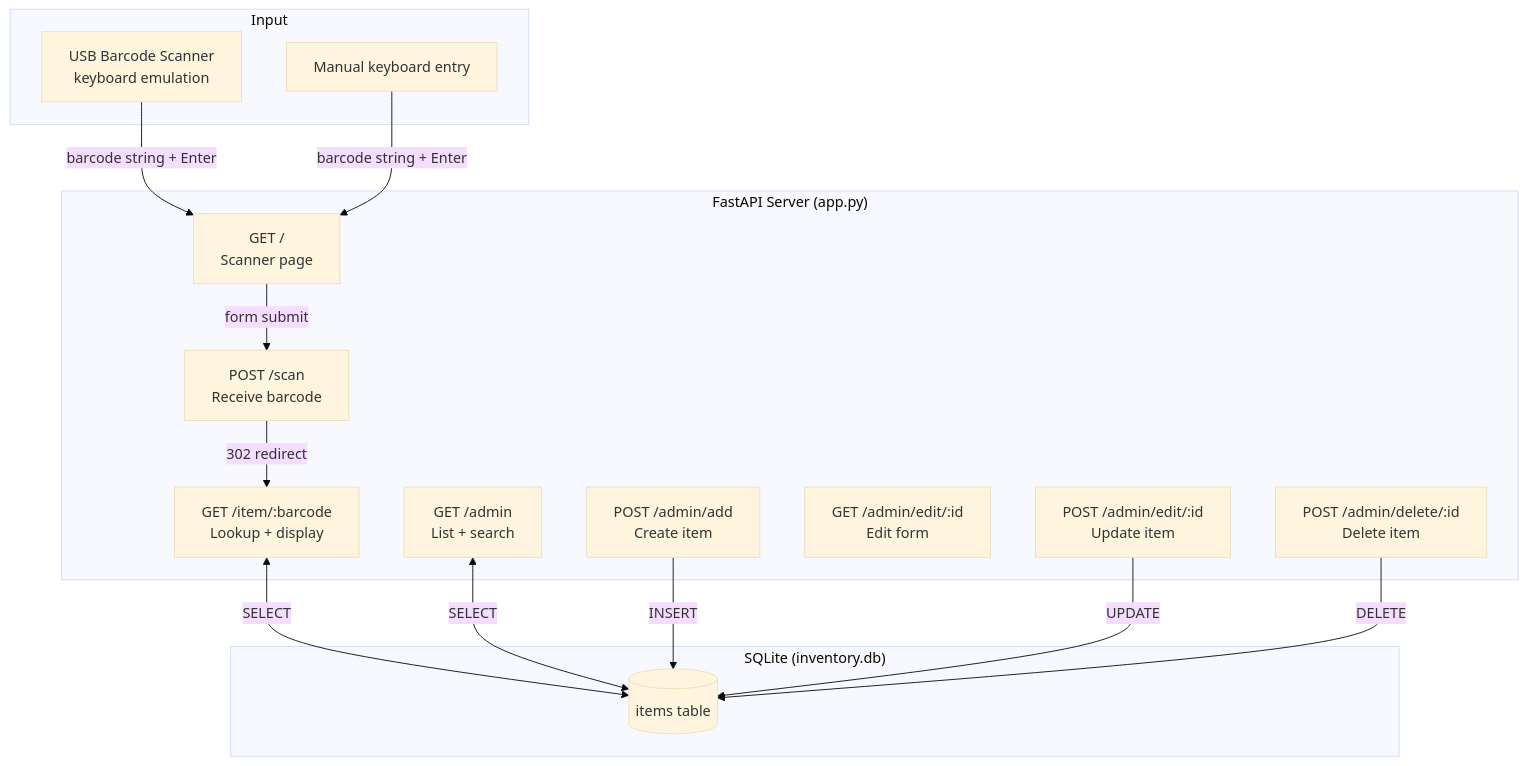
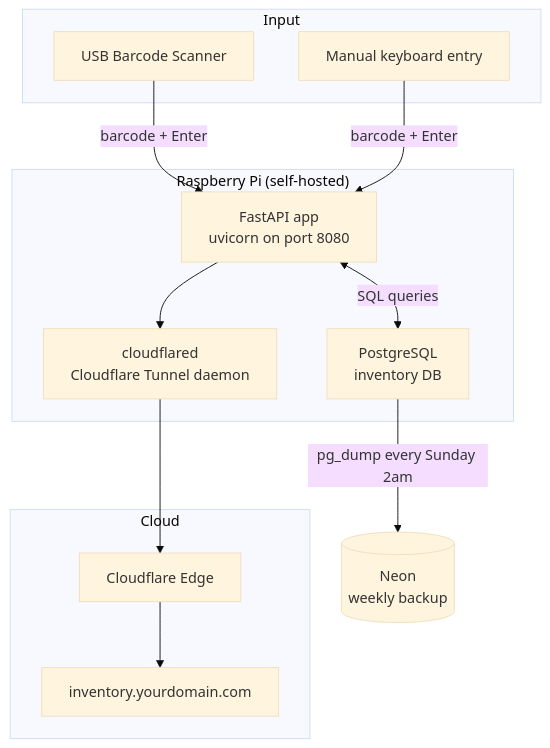
Before and after one commit to ManiacUrgency42/inventory-tracker: the diagram in docs/dev.md, drawn with Mermaid (base theme). The commit also changed other lines of this file and 1 other file, not shown here.

````diff
--- a/docs/dev.md
+++ b/docs/dev.md
@@ -7,31 +7,26 @@
 ```mermaid
 graph TD
     subgraph Input
-        A1[USB Barcode Scanner<br/>keyboard emulation]
+        A1[USB Barcode Scanner]
         A2[Manual keyboard entry]
     end
 
-    subgraph Server ["FastAPI Server (app.py)"]
-        B[GET /\nScanner page]
-        C[POST /scan\nReceive barcode]
-        D[GET /item/:barcode\nLookup + display]
-        E[GET /admin\nList + search]
-        F[POST /admin/add\nCreate item]
-        G[GET /admin/edit/:id\nEdit form]
-        H[POST /admin/edit/:id\nUpdate item]
-        I[POST /admin/delete/:id\nDelete item]
+    subgraph Pi ["Raspberry Pi (self-hosted)"]
+        B[FastAPI app\nuvicorn on port 8080]
+        C[PostgreSQL\ninventory DB]
+        D[cloudflared\nCloudflare Tunnel daemon]
     end
 
-    subgraph Storage ["SQLite (inventory.db)"]
-        J[(items table)]
+    subgraph Cloud
+        E[Cloudflare Edge]
+        F[inventory.yourdomain.com]
     end
 
-    A1 & A2 -->|barcode string + Enter| B
-    B -->|form submit| C
-    C -->|302 redirect| D
-    D <-->|SELECT| J
-    E <-->|SELECT| J
-    F -->|INSERT| J
-    H -->|UPDATE| J
-    I -->|DELETE| J
+    G[(Neon\nweekly backup)]
+
+    A1 & A2 -->|barcode + Enter| B
+    B <-->|SQL queries| C
+    B --> D
+    D --> E --> F
+    C -->|pg_dump every Sunday 2am| G
 ```
````
